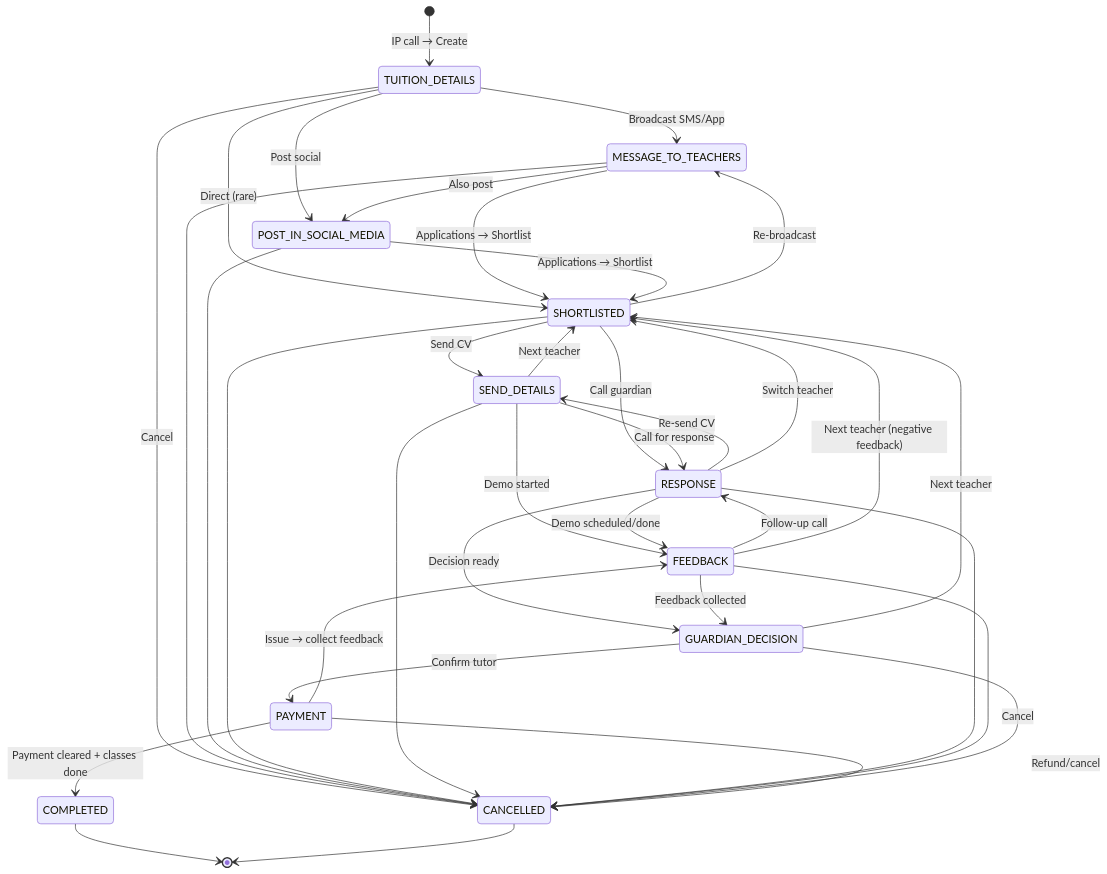
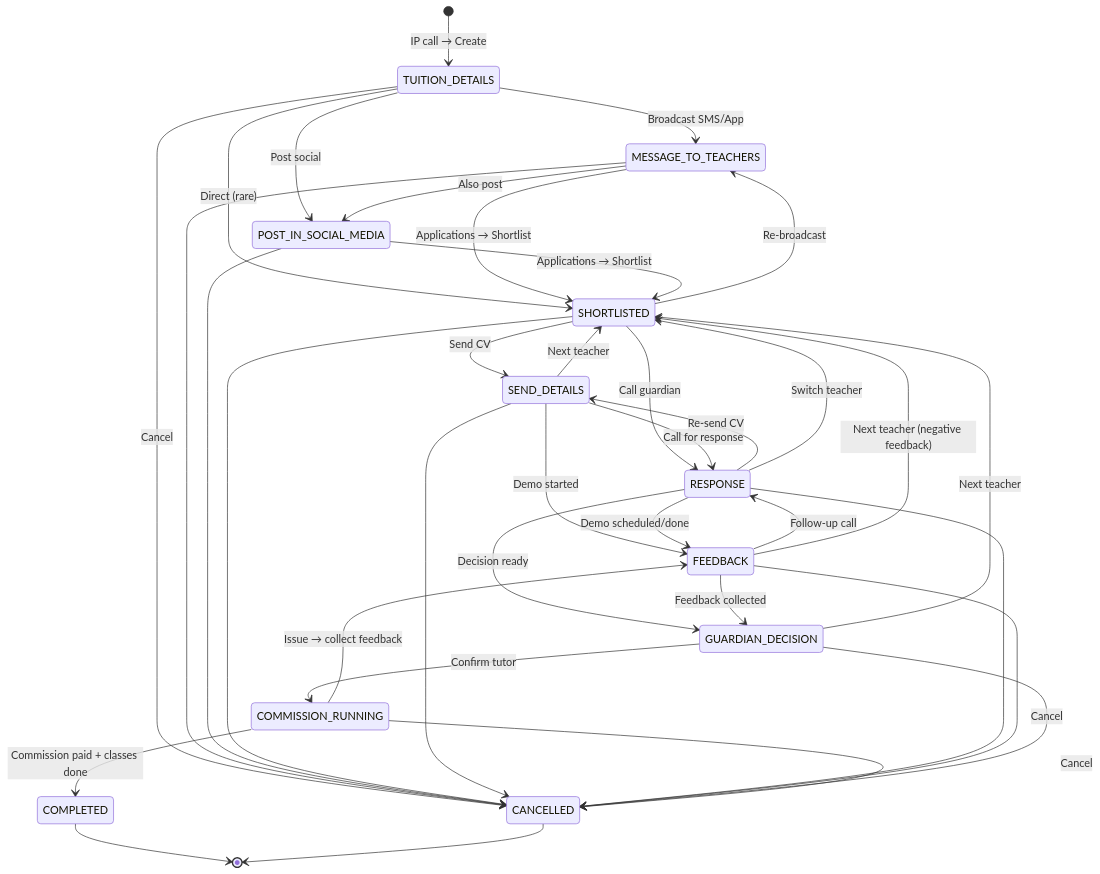
Before and after one commit to NeexG/bright-tutor-documentation: the third of 15 diagrams in README.md, drawn with Mermaid. The commit also changed other lines of this file, not shown here.

````diff
--- a/README.md
+++ b/README.md
@@ -294,48 +294,48 @@
 ```mermaid
 stateDiagram-v2
   [*] --> TUITION_DETAILS: IP call → Create
   
   TUITION_DETAILS --> MESSAGE_TO_TEACHERS: Broadcast SMS/App
   TUITION_DETAILS --> POST_IN_SOCIAL_MEDIA: Post social
   TUITION_DETAILS --> SHORTLISTED: Direct (rare)
   TUITION_DETAILS --> CANCELLED: Cancel
   
   MESSAGE_TO_TEACHERS --> POST_IN_SOCIAL_MEDIA: Also post
   MESSAGE_TO_TEACHERS --> SHORTLISTED: Applications → Shortlist
   MESSAGE_TO_TEACHERS --> CANCELLED
   
   POST_IN_SOCIAL_MEDIA --> SHORTLISTED: Applications → Shortlist
   POST_IN_SOCIAL_MEDIA --> CANCELLED
   
   SHORTLISTED --> SEND_DETAILS: Send CV
   SHORTLISTED --> RESPONSE: Call guardian
   SHORTLISTED --> MESSAGE_TO_TEACHERS: Re-broadcast
   SHORTLISTED --> CANCELLED
   
   SEND_DETAILS --> RESPONSE: Call for response
   SEND_DETAILS --> FEEDBACK: Demo started
   SEND_DETAILS --> SHORTLISTED: Next teacher
   SEND_DETAILS --> CANCELLED
   
   RESPONSE --> FEEDBACK: Demo scheduled/done
   RESPONSE --> GUARDIAN_DECISION: Decision ready
   RESPONSE --> SEND_DETAILS: Re-send CV
   RESPONSE --> SHORTLISTED: Switch teacher
   RESPONSE --> CANCELLED
   
   FEEDBACK --> GUARDIAN_DECISION: Feedback collected
   FEEDBACK --> RESPONSE: Follow-up call
   FEEDBACK --> SHORTLISTED: Next teacher (negative feedback)
   FEEDBACK --> CANCELLED
   
-  GUARDIAN_DECISION --> PAYMENT: Confirm tutor
+  GUARDIAN_DECISION --> COMMISSION_RUNNING: Confirm tutor
   GUARDIAN_DECISION --> SHORTLISTED: Next teacher
   GUARDIAN_DECISION --> CANCELLED: Cancel
   
-  PAYMENT --> FEEDBACK: Issue → collect feedback
-  PAYMENT --> COMPLETED: Payment cleared + classes done
-  PAYMENT --> CANCELLED: Refund/cancel
+  COMMISSION_RUNNING --> FEEDBACK: Issue → collect feedback
+  COMMISSION_RUNNING --> COMPLETED: Commission paid + classes done
+  COMMISSION_RUNNING --> CANCELLED: Cancel
   
   COMPLETED --> [*]
   CANCELLED --> [*]
 ```
````
